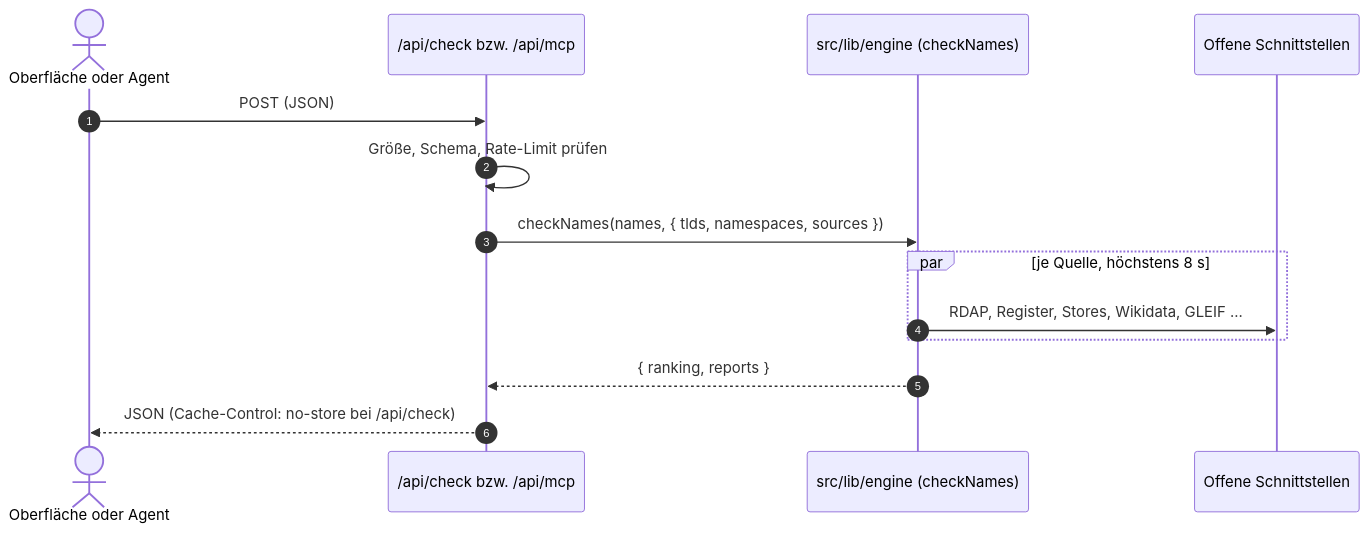
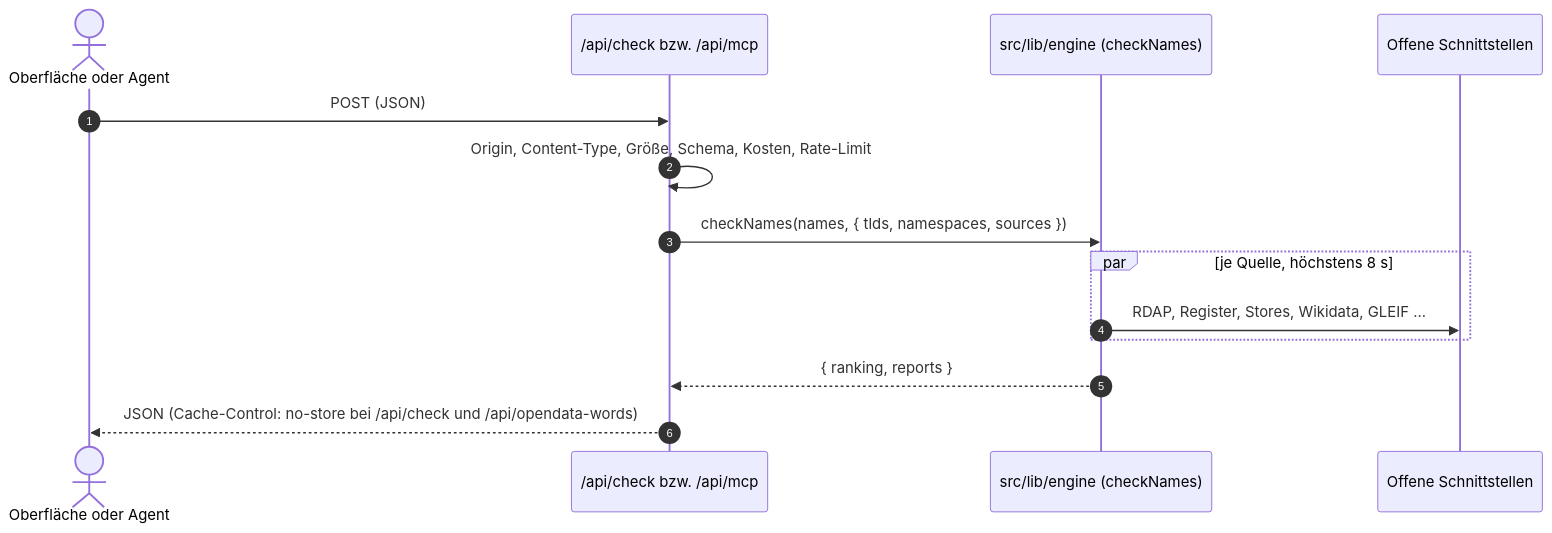
The diagram in src/app/api/README.md (darkspike1988/markenfrei), drawn with Mermaid before and after one commit. The commit also changed other lines of this file and 40 other files, not shown here.

````diff
--- a/src/app/api/README.md
+++ b/src/app/api/README.md
@@ -13,17 +29,17 @@
 ```mermaid
 sequenceDiagram
     autonumber
     actor Client as Oberfläche oder Agent
     participant Route as /api/check bzw. /api/mcp
     participant Engine as src/lib/engine (checkNames)
     participant Quellen as Offene Schnittstellen
 
     Client->>Route: POST (JSON)
-    Route->>Route: Größe, Schema, Rate-Limit prüfen
+    Route->>Route: Origin, Content-Type, Größe, Schema, Kosten, Rate-Limit
     Route->>Engine: checkNames(names, { tlds, namespaces, sources })
     par je Quelle, höchstens 8 s
         Engine->>Quellen: RDAP, Register, Stores, Wikidata, GLEIF ...
     end
     Engine-->>Route: { ranking, reports }
-    Route-->>Client: JSON (Cache-Control: no-store bei /api/check)
+    Route-->>Client: JSON (Cache-Control: no-store bei /api/check und /api/opendata-words)
 ```
````
